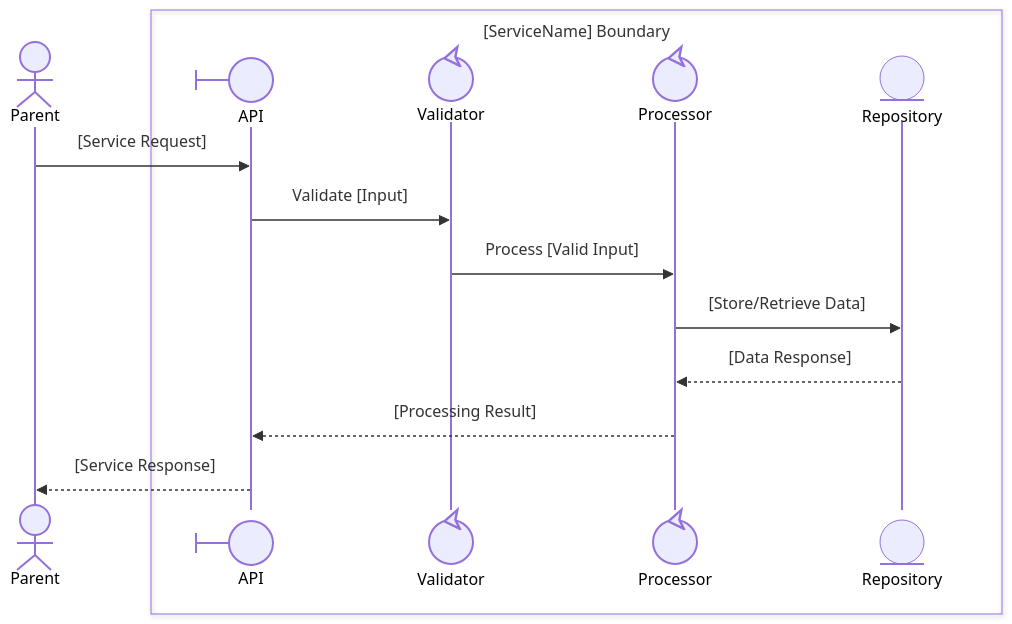
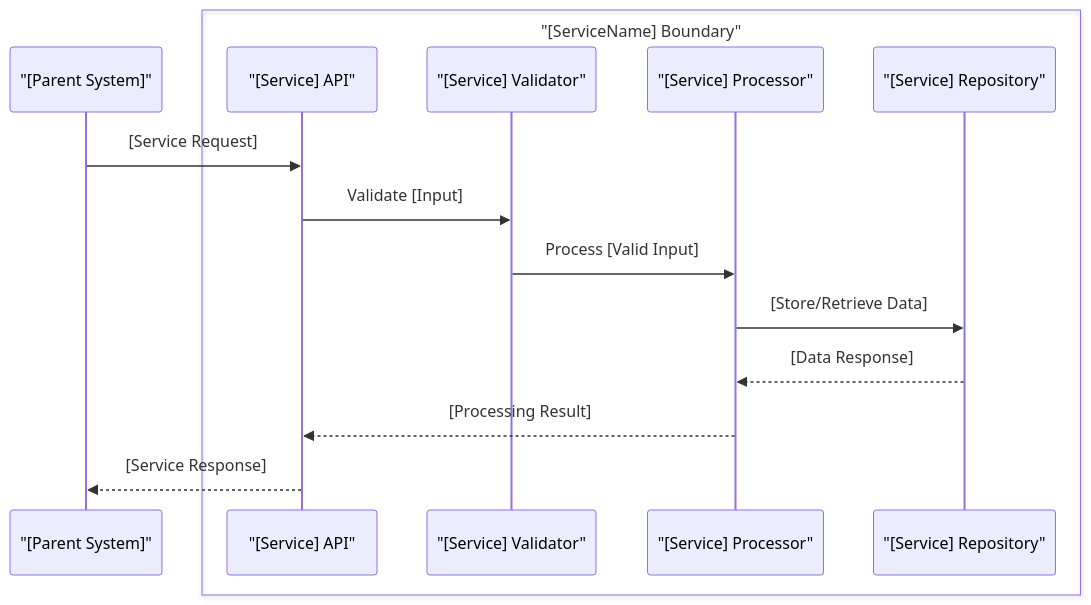
Before and after one commit to zhongadamwang/AI_Slowcooker: the first of 6 diagrams in .github/skills/hierarchy-management/references/decomposition-patterns.md, drawn with Mermaid. The commit also changed other lines of this file and 6 other files, not shown here.

````diff
--- a/.github/skills/hierarchy-management/references/decomposition-patterns.md
+++ b/.github/skills/hierarchy-management/references/decomposition-patterns.md
@@ -42,19 +42,20 @@
 ```mermaid
 sequenceDiagram
-    participant Parent@{ "type": "actor", "label": "[Parent System]" }
+    %% Stereotypes: Parent=actor | API=boundary, Validator=control, Processor=control, Repository=entity
+    participant Parent as "[Parent System]"
 
-    box [ServiceName] Boundary
-        participant API@{ "type": "boundary", "label": "[Service] API" }
-        participant Validator@{ "type": "control", "label": "[Service] Validator" }
-        participant Processor@{ "type": "control", "label": "[Service] Processor" }
-        participant Repository@{ "type": "entity", "label": "[Service] Repository" }
+    box "[ServiceName] Boundary"
+        participant API as "[Service] API"
+        participant Validator as "[Service] Validator"
+        participant Processor as "[Service] Processor"
+        participant Repository as "[Service] Repository"
     end
 
     Parent->>API: [Service Request]
     API->>Validator: Validate [Input]
     Validator->>Processor: Process [Valid Input]
     Processor->>Repository: [Store/Retrieve Data]
     Repository-->>Processor: [Data Response]
     Processor-->>API: [Processing Result]
     API-->>Parent: [Service Response]
 ```
````
